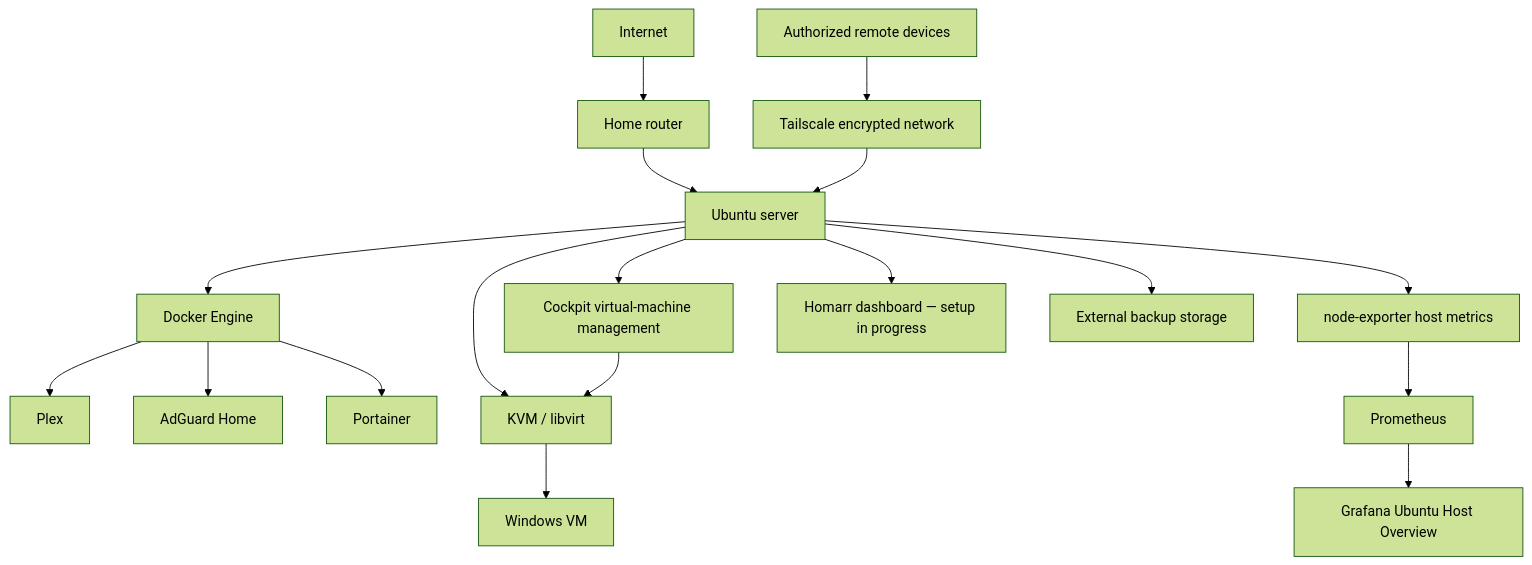
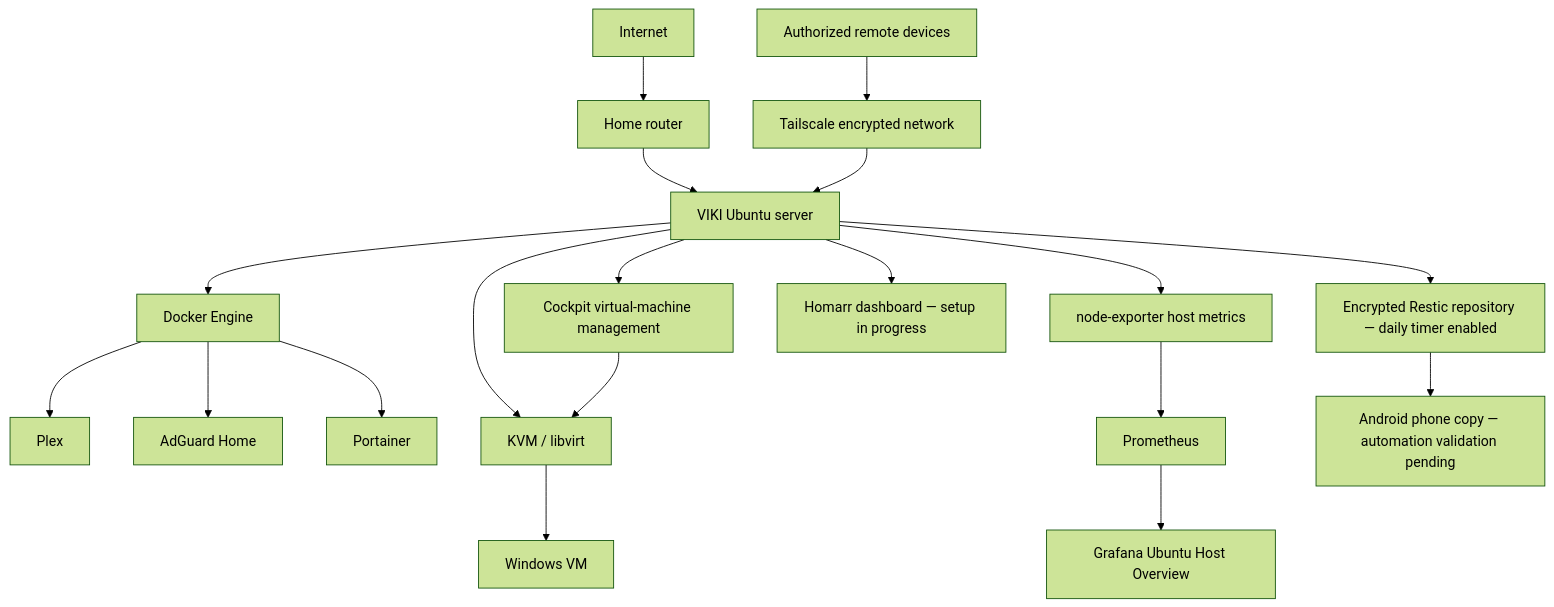
One commit to dhussle999/cybersecurity-homelab changed the diagram in README.md. Above: the diagram before and after it, drawn with Mermaid (forest theme). The commit also changed other lines of this file and 3 other files, not shown here.

Commit message:
docs: document VIKI daily backups and recovery troubleshooting

````diff
--- a/README.md
+++ b/README.md
@@ -17,20 +17,21 @@
 ```mermaid
 flowchart TD
     Internet --> Router["Home router"]
-    Router --> Host["Ubuntu server"]
+    Router --> Host["VIKI Ubuntu server"]
     Remote["Authorized remote devices"] --> TS["Tailscale encrypted network"]
     TS --> Host
     Host --> Docker["Docker Engine"]
     Docker --> Plex["Plex"]
     Docker --> AdGuard["AdGuard Home"]
     Docker --> Portainer["Portainer"]
     Host --> KVM["KVM / libvirt"]
     KVM --> Windows["Windows VM"]
     Host --> Cockpit["Cockpit virtual-machine management"]
     Cockpit --> KVM
     Host --> NE["node-exporter host metrics"]
     NE --> Prom["Prometheus"]
     Prom --> Grafana["Grafana Ubuntu Host Overview"]
     Host --> Homarr["Homarr dashboard — setup in progress"]
-    Host --> Backup["External backup storage"]
+    Host --> Backup["Encrypted Restic repository — daily timer enabled"]
+    Backup --> Phone["Android phone copy — automation validation pending"]
 ```
````
